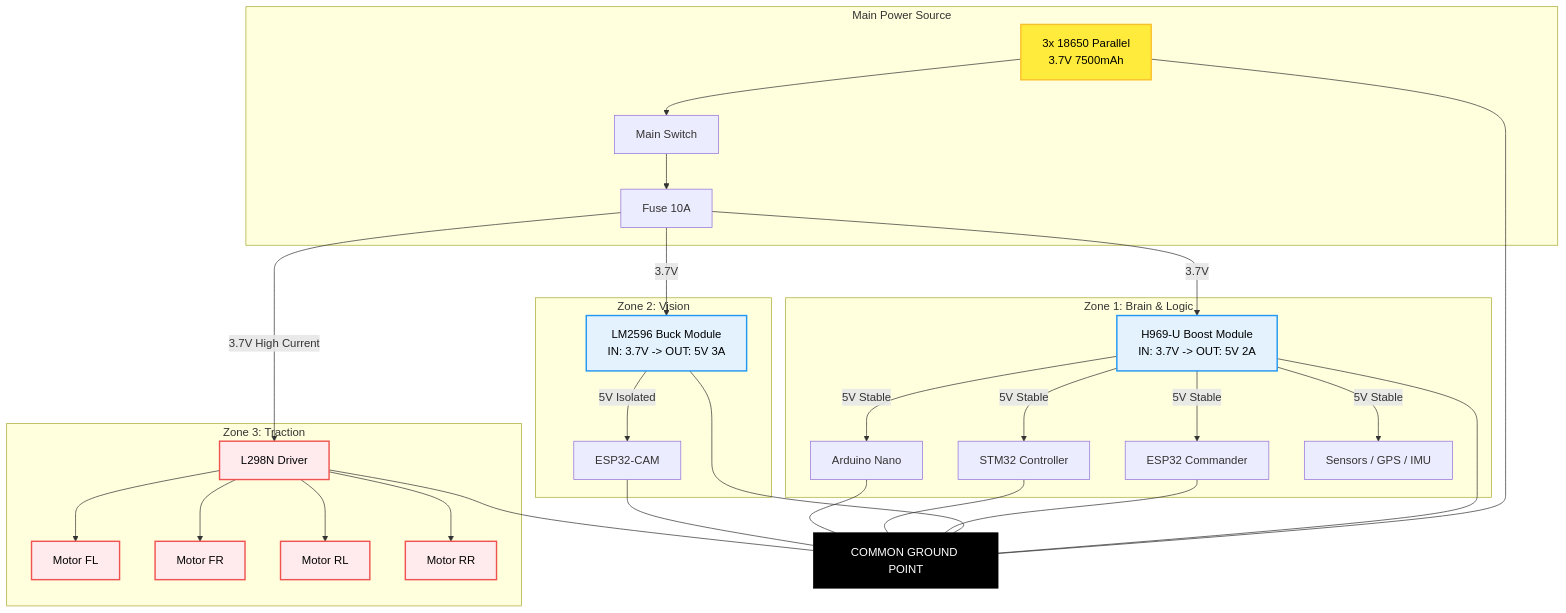
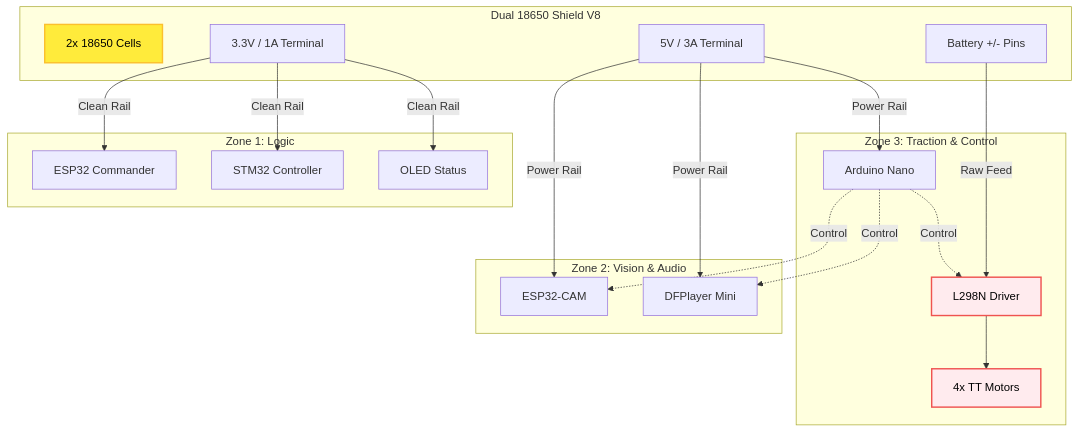
Before and after one commit to GhostMicro/micro-ai-robot-rover-docs: the first of 2 diagrams in docs/power_circuit_v4.md, drawn with Mermaid. The commit also changed other lines of this file and 23 other files, not shown here.

````diff
--- a/docs/power_circuit_v4.md
+++ b/docs/power_circuit_v4.md
@@ -14,66 +12,41 @@
 ```mermaid
 graph TD
-    %% styles
     classDef bat fill:#ffeb3b,stroke:#fbc02d,stroke-width:2px,color:black
     classDef mod fill:#e3f2fd,stroke:#2196f3,stroke-width:2px,color:black
     classDef mot fill:#ffebee,stroke:#ef5350,stroke-width:2px,color:black
-    classDef gnd fill:#000,stroke:#000,stroke-width:1px,color:white
 
-    subgraph BATTERY_PACK [Main Power Source]
-        BAT[3x 18650 Parallel<br/>3.7V 7500mAh]:::bat
-        SW[Main Switch]
-        FUSE[Fuse 10A]
+    subgraph POWER_HUB [Dual 18650 Shield V8]
+        BAT[2x 18650 Cells]:::bat
+        OUT_3V[3.3V / 1A Terminal]
+        OUT_5V[5V / 3A Terminal]
+        RAW_BAT[Battery +/- Pins]
     end
 
-    subgraph BRAIN_ZONE [Zone 1: Brain & Logic]
-        H969[H969-U Boost Module<br/>IN: 3.7V -> OUT: 5V 2A]:::mod
+    subgraph BRAIN_ZONE [Zone 1: Logic]
         ESP_MAIN[ESP32 Commander]
         STM[STM32 Controller]
-        NANO[Arduino Nano]
-        SENS[Sensors / GPS / IMU]
+        OLED[OLED Status]
     end
 
-    subgraph CAMERA_ZONE [Zone 2: Vision]
-        BUCK[LM2596 Buck Module<br/>IN: 3.7V -> OUT: 5V 3A]:::mod
+    subgraph HIGH_POWER_ZONE [Zone 2: Vision & Audio]
         CAM[ESP32-CAM]
+        DF[DFPlayer Mini]
     end
 
-    subgraph MOTOR_ZONE [Zone 3: Traction]
+    subgraph MOTOR_ZONE [Zone 3: Traction & Control]
         L298[L298N Driver]:::mot
-        M1[Motor FL]:::mot
-        M2[Motor FR]:::mot
-        M3[Motor RL]:::mot
-        M4[Motor RR]:::mot
+        MOTORS[4x TT Motors]:::mot
+        NANO[Arduino Nano]
     end
 
-    %% Wiring Connections
-    BAT --> SW --> FUSE
-    
-    %% Distribution
-    FUSE -->|3.7V| H969
-    FUSE -->|3.7V| BUCK
-    FUSE -->|3.7V High Current| L298
+    %% Connections
+    OUT_3V -->|Clean Rail| ESP_MAIN & STM & OLED
+    OUT_5V -->|Power Rail| CAM & DF & NANO
+    RAW_BAT -->|Raw Feed| L298
+    L298 --> MOTORS
 
-    %% Zone 1 Logic
-    H969 -->|5V Stable| ESP_MAIN
-    H969 -->|5V Stable| STM
-    H969 -->|5V Stable| NANO
-    H969 -->|5V Stable| SENS
-
-    %% Zone 2 Logic
-    BUCK -->|5V Isolated| CAM
-
-    %% Zone 3 Logic
-    L298 --> M1 & M2 & M3 & M4
-
-    %% Common Ground
-    GND[COMMON GROUND POINT]:::gnd
-    BAT --- GND
-    H969 --- GND
-    BUCK --- GND
-    L298 --- GND
-    ESP_MAIN --- GND
-    STM --- GND
-    NANO --- GND
-    CAM --- GND
+    %% Control Links
+    NANO -.->|Control| CAM
+    NANO -.->|Control| DF
+    NANO -.->|Control| L298
 ```
````
